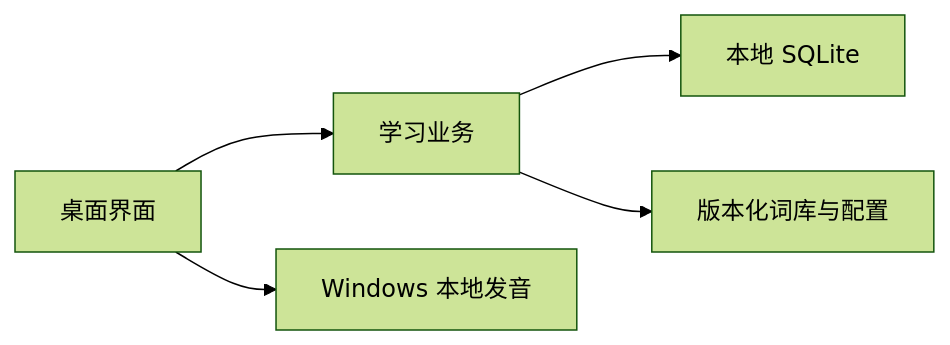
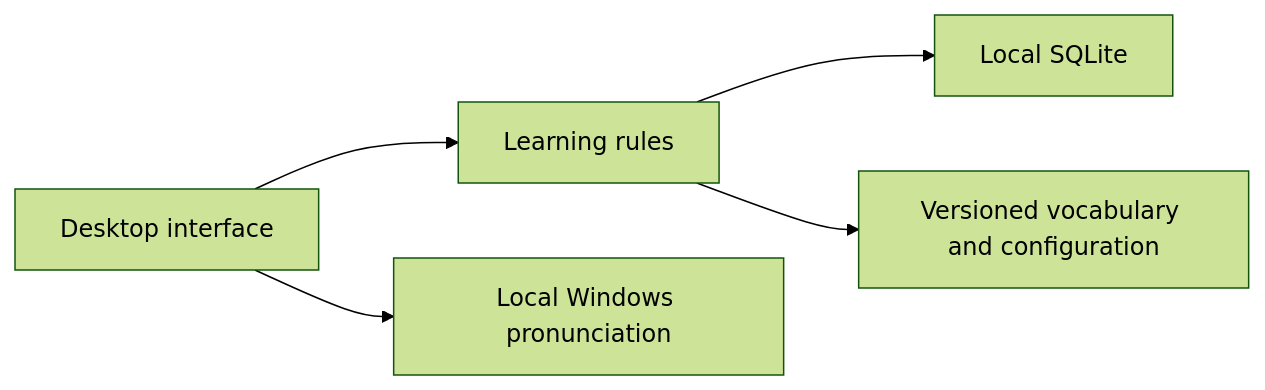
One commit to fanfan170721/vocabulary-learning-software changed the diagram in docs/ARCHITECTURE.md. Above: the diagram before and after it, drawn with Mermaid (forest theme). The commit also changed other lines of this file and 28 other files, not shown here.

Commit message:
Translate the desktop app and bundled content into English

````diff
--- a/docs/ARCHITECTURE.md
+++ b/docs/ARCHITECTURE.md
@@ -5,7 +5,7 @@
 ```mermaid
 flowchart LR
-  UI[桌面界面] --> CORE[学习业务]
-  CORE --> DB[本地 SQLite]
-  CORE --> CONTENT[版本化词库与配置]
-  UI --> SPEECH[Windows 本地发音]
+  UI[Desktop interface] --> CORE[Learning rules]
+  CORE --> DB[Local SQLite]
+  CORE --> CONTENT[Versioned vocabulary and configuration]
+  UI --> SPEECH[Local Windows pronunciation]
 ```
````
